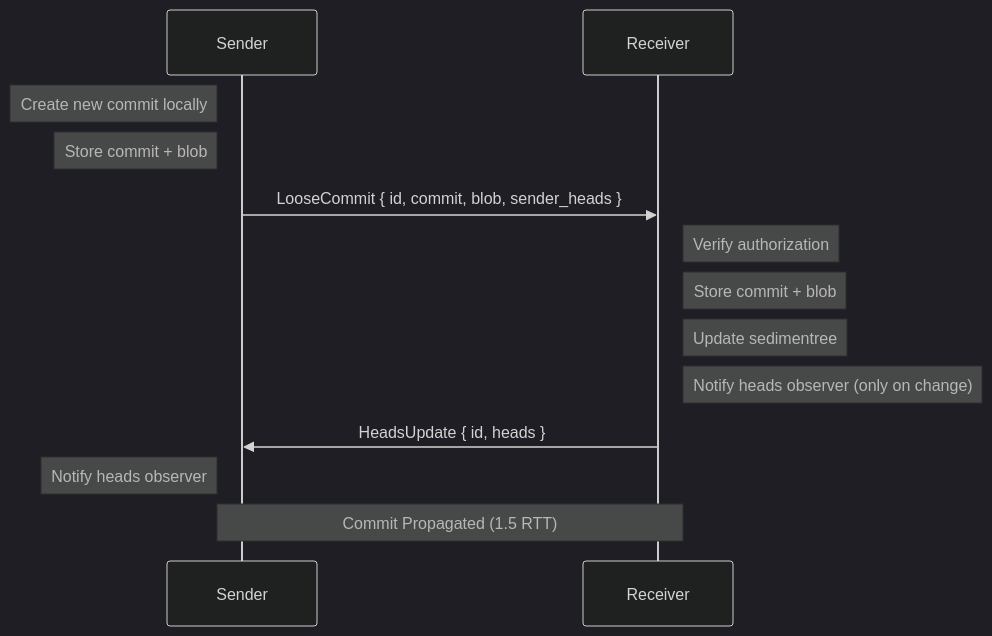
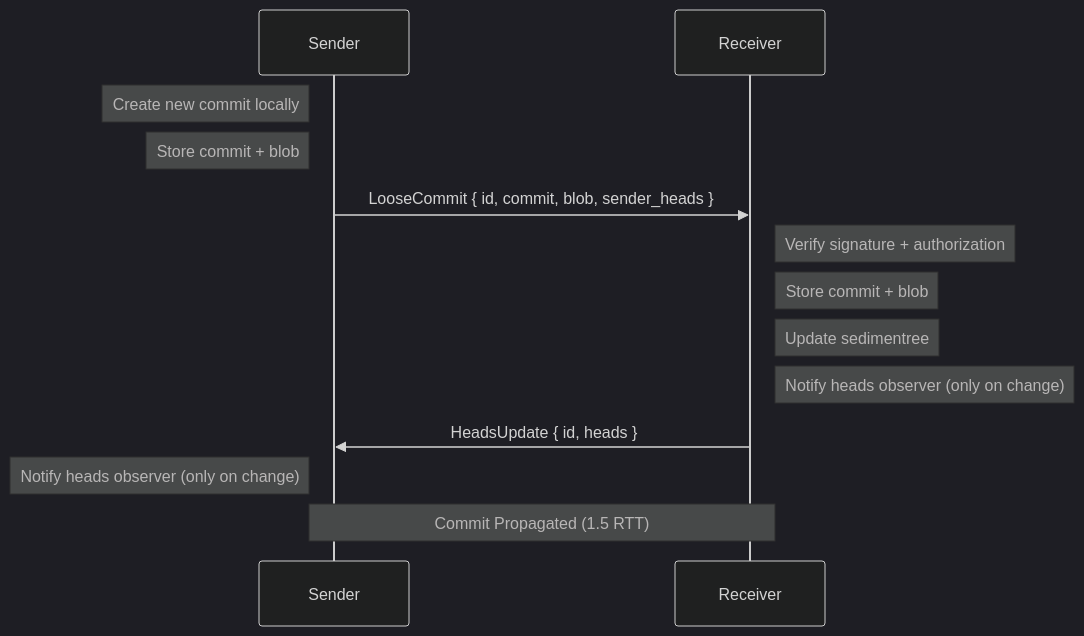
Before and after one commit to inkandswitch/subduction: the third of 4 diagrams in design/sync/incremental.md, drawn with Mermaid (dark theme). The commit also changed other lines of this file and 13 other files, not shown here.

````diff
--- a/design/sync/incremental.md
+++ b/design/sync/incremental.md
@@ -140,20 +140,20 @@
 ```mermaid
 sequenceDiagram
     participant A as Sender
     participant B as Receiver
 
     Note left of A: Create new commit locally
     Note left of A: Store commit + blob
 
     A->>B: LooseCommit { id, commit, blob, sender_heads }
 
-    Note right of B: Verify authorization
+    Note right of B: Verify signature + authorization
     Note right of B: Store commit + blob
     Note right of B: Update sedimentree
     Note right of B: Notify heads observer (only on change)
 
     B->>A: HeadsUpdate { id, heads }
-    Note left of A: Notify heads observer
+    Note left of A: Notify heads observer (only on change)
 
     Note over A,B: Commit Propagated (1.5 RTT)
 ```
````
